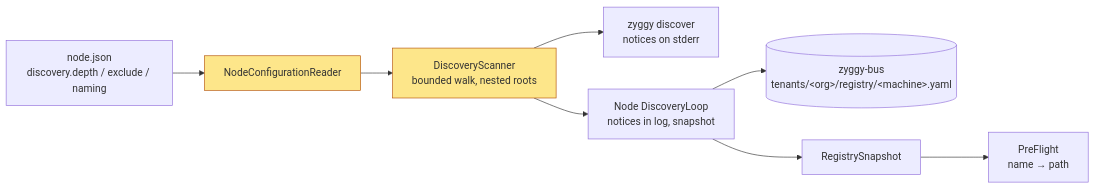
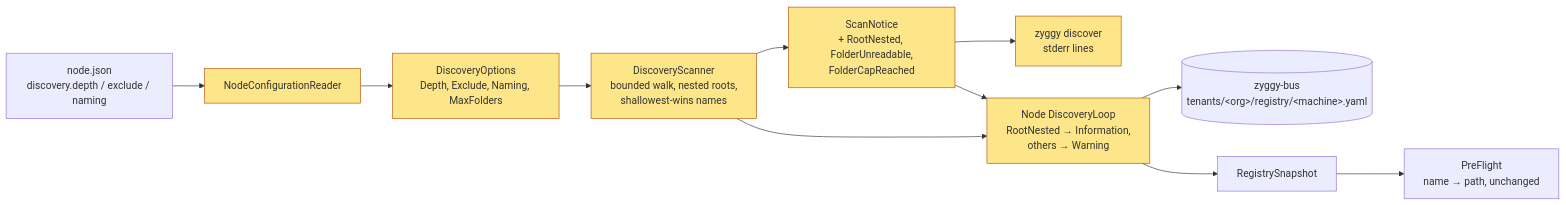
One commit to zyggy-org/zyggy changed the first of 4 diagrams in _specs/45-discovery-nested-folders.md. Above: the diagram before and after it, drawn with Mermaid. The commit also changed other lines of this file and 2 other files, not shown here.

First line of the commit message:
Approve the spec for discovery of projects in nested folders

````diff
--- a/_specs/45-discovery-nested-folders.md
+++ b/_specs/45-discovery-nested-folders.md
@@ -52,11 +59,14 @@
 ```mermaid
 flowchart LR
   cfg[node.json<br/>discovery.depth / exclude / naming] --> reader[NodeConfigurationReader]
-  reader --> scanner[DiscoveryScanner<br/>bounded walk, nested roots]
-  scanner --> cli[zyggy discover<br/>notices on stderr]
-  scanner --> loop[Node DiscoveryLoop<br/>notices in log, snapshot]
+  reader --> opts[DiscoveryOptions<br/>Depth, Exclude, Naming, MaxFolders]
+  opts --> scanner[DiscoveryScanner<br/>bounded walk, nested roots,<br/>shallowest-wins names]
+  scanner --> notices[ScanNotice<br/>+ RootNested, FolderUnreadable,<br/>FolderCapReached]
+  notices --> cli[zyggy discover<br/>stderr lines]
+  notices --> loop[Node DiscoveryLoop<br/>RootNested → Information,<br/>others → Warning]
+  scanner --> loop
   loop --> bus[(zyggy-bus<br/>tenants/&lt;org&gt;/registry/&lt;machine&gt;.yaml)]
-  loop --> snap[RegistrySnapshot] --> pre[PreFlight<br/>name → path]
+  loop --> snap[RegistrySnapshot] --> pre[PreFlight<br/>name → path, unchanged]
   classDef new fill:#fde68a,stroke:#b45309;
-  class scanner,reader new;
+  class reader,opts,scanner,notices,cli,loop new;
 ```
````
